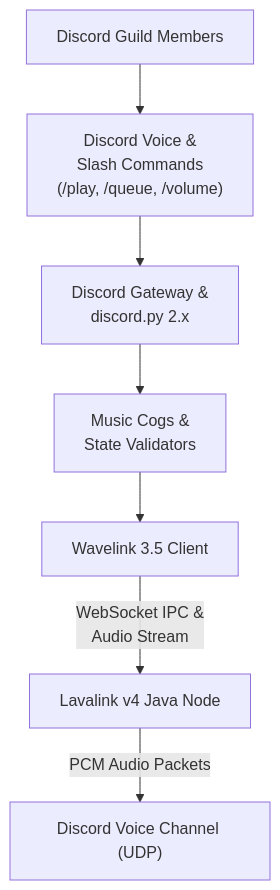
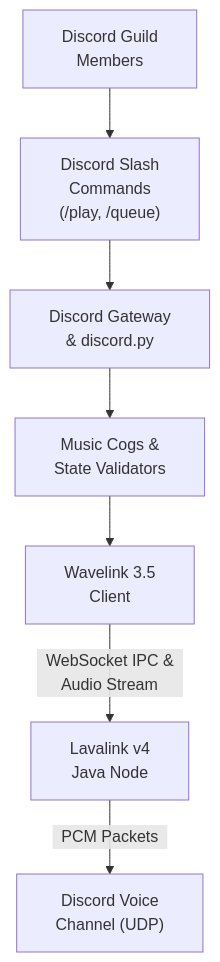
The diagram in README.md (ISBANDURAHUMAN-R/DISCORD-MUSIC-BOT), drawn with Mermaid before and after one commit.

Commit message:
docs: fix Mermaid label truncation with line wrapping and non-clipping padding

````diff
--- a/README.md
+++ b/README.md
@@ -12,9 +12,9 @@
 ```mermaid
 flowchart TD
-    User["Discord Guild Members"] --> Slash["Discord Voice &<br/>Slash Commands<br/>(/play, /queue, /volume)"]
-    Slash --> Gateway["Discord Gateway &<br/>discord.py 2.x"]
-    Gateway --> Cogs["Music Cogs &<br/>State Validators"]
-    Cogs --> Wavelink["Wavelink 3.5 Client"]
-    Wavelink -->|"WebSocket IPC &<br/>Audio Stream"| Lavalink["Lavalink v4 Java Node"]
-    Lavalink -->|"PCM Audio Packets"| VoiceChannel["Discord Voice Channel (UDP)"]
+    User["&nbsp; Discord Guild &nbsp;<br/>&nbsp; Members &nbsp;"] --> Slash["&nbsp; Discord Slash &nbsp;<br/>&nbsp; Commands &nbsp;<br/>&nbsp; (/play, /queue) &nbsp;"]
+    Slash --> Gateway["&nbsp; Discord Gateway &nbsp;<br/>&nbsp; &amp; discord.py &nbsp;"]
+    Gateway --> Cogs["&nbsp; Music Cogs &amp; &nbsp;<br/>&nbsp; State Validators &nbsp;"]
+    Cogs --> Wavelink["&nbsp; Wavelink 3.5 &nbsp;<br/>&nbsp; Client &nbsp;"]
+    Wavelink -->|"&nbsp; WebSocket IPC &amp; &nbsp;<br/>&nbsp; Audio Stream &nbsp;"| Lavalink["&nbsp; Lavalink v4 &nbsp;<br/>&nbsp; Java Node &nbsp;"]
+    Lavalink -->|"&nbsp; PCM Packets &nbsp;"| VoiceChannel["&nbsp; Discord Voice &nbsp;<br/>&nbsp; Channel (UDP) &nbsp;"]
 ```
````
